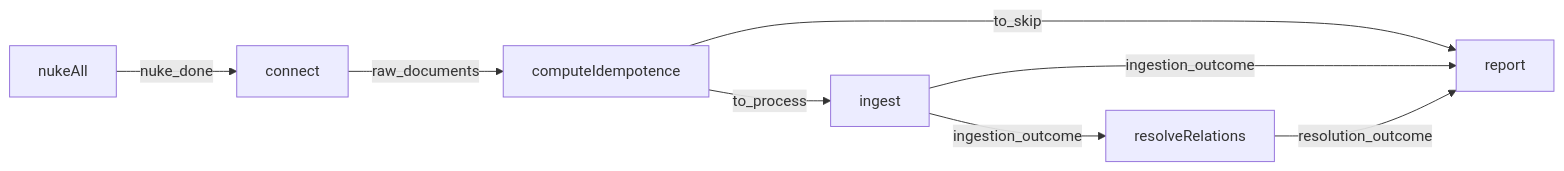
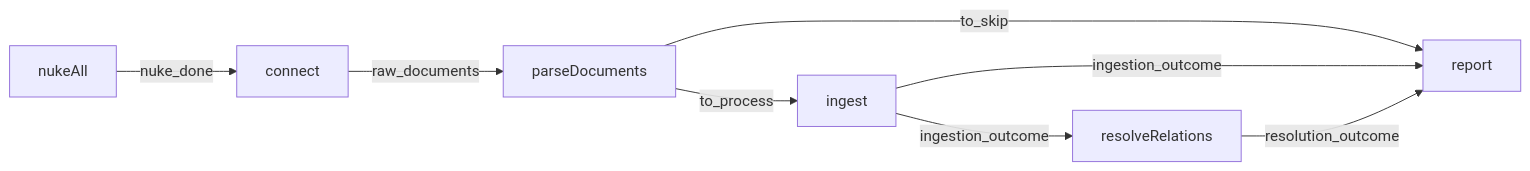
One commit to nmoutou/murphy changed the diagram in docs/technical/data/ARCHITECTURE.md. Above: the diagram before and after it, drawn with Mermaid. The commit also changed other lines of this file and 54 other files, not shown here.

````diff
--- a/docs/technical/data/ARCHITECTURE.md
+++ b/docs/technical/data/ARCHITECTURE.md
@@ -38,10 +38,10 @@
 ```mermaid
 flowchart LR
     nukeAll -- nuke_done --> connect
-    connect -- raw_documents --> computeIdempotence
-    computeIdempotence -- to_process --> ingest
-    computeIdempotence -- to_skip --> report
+    connect -- raw_documents --> parseDocuments
+    parseDocuments -- to_process --> ingest
+    parseDocuments -- to_skip --> report
     ingest -- ingestion_outcome --> resolveRelations
     ingest -- ingestion_outcome --> report
     resolveRelations -- resolution_outcome --> report
 ```
````
